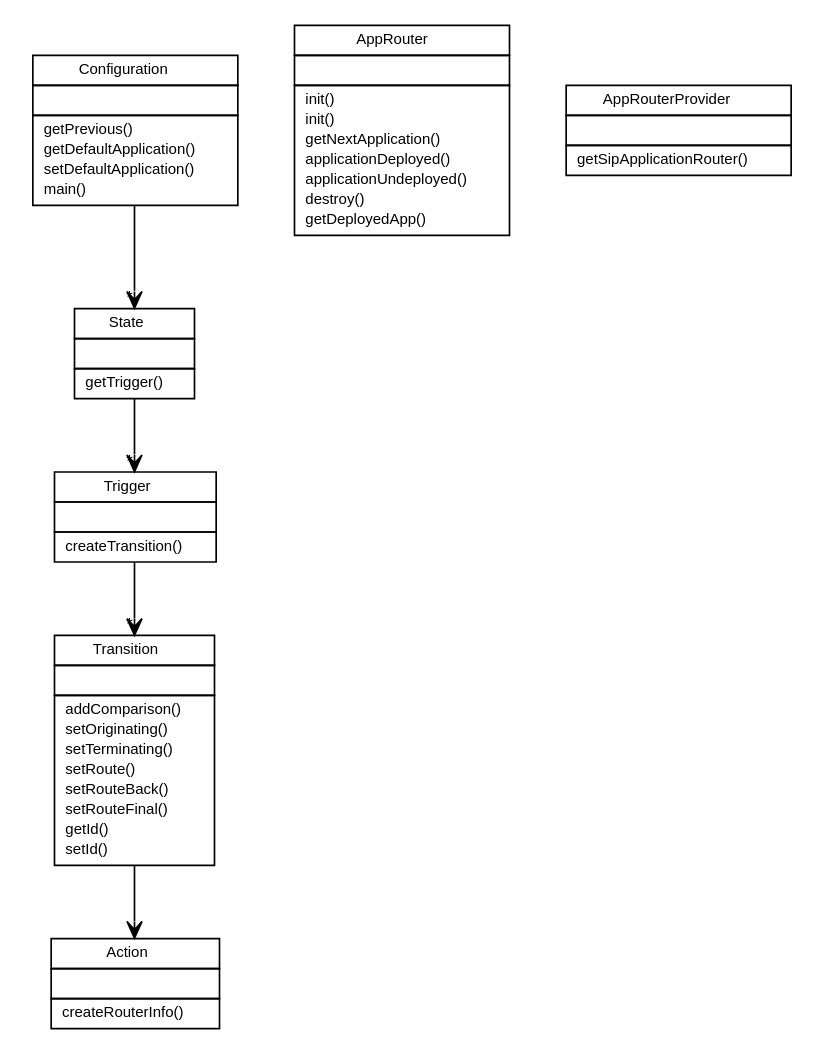
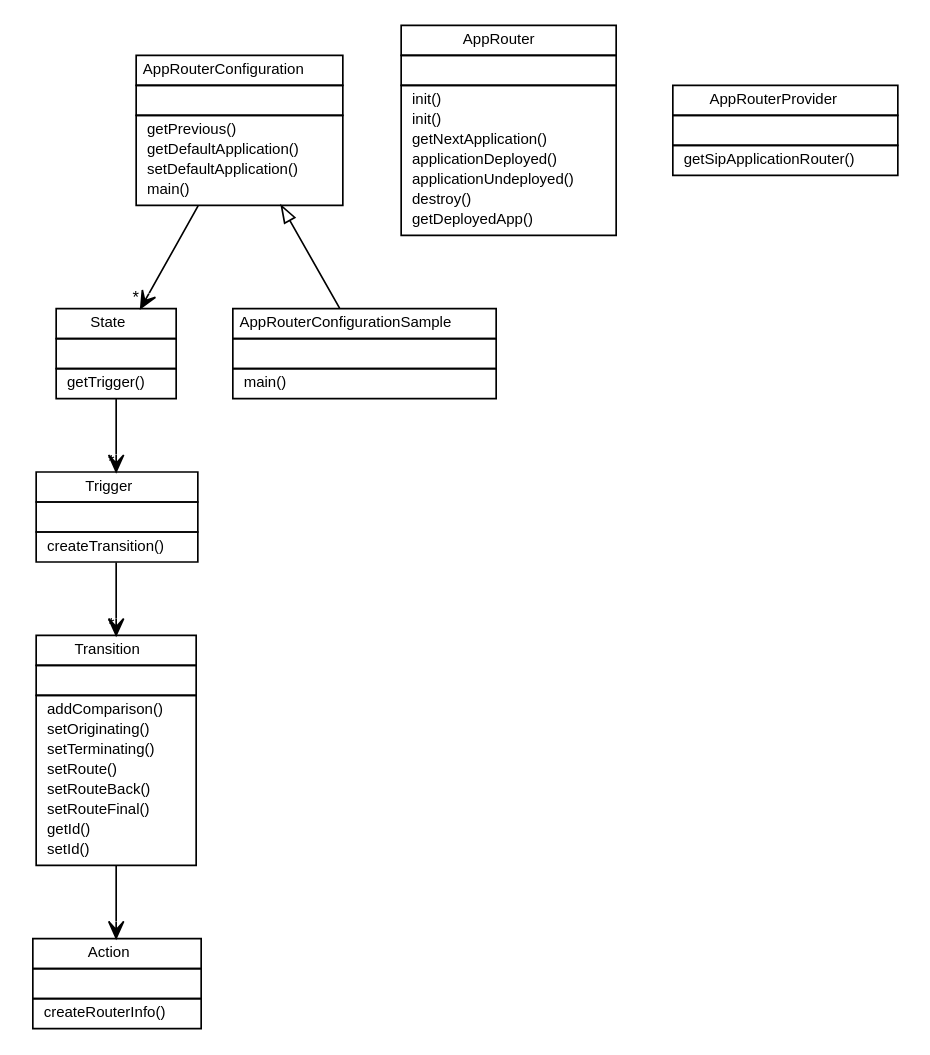
The diagram in blade/vorpal-blade-fsmar/org/vorpal/blade/library/fsmar2/org.vorpal.blade.library.fsmar2.dot (vorpalnet/vorpalnet.github.io), drawn with Graphviz before and after one commit. The commit also changed 2723 other files, not shown here.

```diff
--- a/blade/vorpal-blade-fsmar/org/vorpal/blade/library/fsmar2/org.vorpal.blade.library.fsmar2.dot
+++ b/blade/vorpal-blade-fsmar/org/vorpal/blade/library/fsmar2/org.vorpal.blade.library.fsmar2.dot
@@ -1,120 +1,134 @@
 #!/usr/local/bin/dot
 #
 # Class diagram 
 # Generated by UMLGraph version 5.2 (http://www.umlgraph.org/)
 #
 
 digraph G {
 	edge [fontname="Helvetica",fontsize=10,labelfontname="Helvetica",labelfontsize=10];
 	node [fontname="Helvetica",fontsize=10,shape=plaintext];
 	nodesep=0.25;
 	ranksep=0.5;
 	// org.vorpal.blade.library.fsmar2.State
 	c0 [label=<<table title="org.vorpal.blade.library.fsmar2.State" border="0" cellborder="1" cellspacing="0" cellpadding="2" port="p" href="./State.html">
 		<tr><td><table border="0" cellspacing="0" cellpadding="1">
 <tr><td align="center" balign="center"> State </td></tr>
 		</table></td></tr>
 		<tr><td><table border="0" cellspacing="0" cellpadding="1">
 <tr><td align="left" balign="left">  </td></tr>
 		</table></td></tr>
 		<tr><td><table border="0" cellspacing="0" cellpadding="1">
 <tr><td align="left" balign="left">  getTrigger() </td></tr>
 		</table></td></tr>
 		</table>>, fontname="Helvetica", fontcolor="black", fontsize=9.0];
 	// org.vorpal.blade.library.fsmar2.Action
 	c1 [label=<<table title="org.vorpal.blade.library.fsmar2.Action" border="0" cellborder="1" cellspacing="0" cellpadding="2" port="p" href="./Action.html">
 		<tr><td><table border="0" cellspacing="0" cellpadding="1">
 <tr><td align="center" balign="center"> Action </td></tr>
 		</table></td></tr>
 		<tr><td><table border="0" cellspacing="0" cellpadding="1">
 <tr><td align="left" balign="left">  </td></tr>
 		</table></td></tr>
 		<tr><td><table border="0" cellspacing="0" cellpadding="1">
 <tr><td align="left" balign="left">  createRouterInfo() </td></tr>
 		</table></td></tr>
 		</table>>, fontname="Helvetica", fontcolor="black", fontsize=9.0];
 	// org.vorpal.blade.library.fsmar2.Trigger
 	c2 [label=<<table title="org.vorpal.blade.library.fsmar2.Trigger" border="0" cellborder="1" cellspacing="0" cellpadding="2" port="p" href="./Trigger.html">
 		<tr><td><table border="0" cellspacing="0" cellpadding="1">
 <tr><td align="center" balign="center"> Trigger </td></tr>
 		</table></td></tr>
 		<tr><td><table border="0" cellspacing="0" cellpadding="1">
 <tr><td align="left" balign="left">  </td></tr>
 		</table></td></tr>
 		<tr><td><table border="0" cellspacing="0" cellpadding="1">
 <tr><td align="left" balign="left">  createTransition() </td></tr>
 		</table></td></tr>
 		</table>>, fontname="Helvetica", fontcolor="black", fontsize=9.0];
-	// org.vorpal.blade.library.fsmar2.Configuration
-	c3 [label=<<table title="org.vorpal.blade.library.fsmar2.Configuration" border="0" cellborder="1" cellspacing="0" cellpadding="2" port="p" href="./Configuration.html">
+	// org.vorpal.blade.library.fsmar2.AppRouterConfigurationSample
+	c3 [label=<<table title="org.vorpal.blade.library.fsmar2.AppRouterConfigurationSample" border="0" cellborder="1" cellspacing="0" cellpadding="2" port="p" href="./AppRouterConfigurationSample.html">
 		<tr><td><table border="0" cellspacing="0" cellpadding="1">
-<tr><td align="center" balign="center"> Configuration </td></tr>
+<tr><td align="center" balign="center"> AppRouterConfigurationSample </td></tr>
 		</table></td></tr>
 		<tr><td><table border="0" cellspacing="0" cellpadding="1">
 <tr><td align="left" balign="left">  </td></tr>
 		</table></td></tr>
 		<tr><td><table border="0" cellspacing="0" cellpadding="1">
-<tr><td align="left" balign="left">  getPrevious() </td></tr>
-<tr><td align="left" balign="left">  getDefaultApplication() </td></tr>
-<tr><td align="left" balign="left">  setDefaultApplication() </td></tr>
 <tr><td align="left" balign="left">  main() </td></tr>
 		</table></td></tr>
 		</table>>, fontname="Helvetica", fontcolor="black", fontsize=9.0];
 	// org.vorpal.blade.library.fsmar2.AppRouter
 	c4 [label=<<table title="org.vorpal.blade.library.fsmar2.AppRouter" border="0" cellborder="1" cellspacing="0" cellpadding="2" port="p" href="./AppRouter.html">
 		<tr><td><table border="0" cellspacing="0" cellpadding="1">
 <tr><td align="center" balign="center"> AppRouter </td></tr>
 		</table></td></tr>
 		<tr><td><table border="0" cellspacing="0" cellpadding="1">
 <tr><td align="left" balign="left">  </td></tr>
 		</table></td></tr>
 		<tr><td><table border="0" cellspacing="0" cellpadding="1">
 <tr><td align="left" balign="left">  init() </td></tr>
 <tr><td align="left" balign="left">  init() </td></tr>
 <tr><td align="left" balign="left">  getNextApplication() </td></tr>
 <tr><td align="left" balign="left">  applicationDeployed() </td></tr>
 <tr><td align="left" balign="left">  applicationUndeployed() </td></tr>
 <tr><td align="left" balign="left">  destroy() </td></tr>
 <tr><td align="left" balign="left">  getDeployedApp() </td></tr>
 		</table></td></tr>
 		</table>>, fontname="Helvetica", fontcolor="black", fontsize=9.0];
 	// org.vorpal.blade.library.fsmar2.AppRouterProvider
 	c5 [label=<<table title="org.vorpal.blade.library.fsmar2.AppRouterProvider" border="0" cellborder="1" cellspacing="0" cellpadding="2" port="p" href="./AppRouterProvider.html">
 		<tr><td><table border="0" cellspacing="0" cellpadding="1">
 <tr><td align="center" balign="center"> AppRouterProvider </td></tr>
 		</table></td></tr>
 		<tr><td><table border="0" cellspacing="0" cellpadding="1">
 <tr><td align="left" balign="left">  </td></tr>
 		</table></td></tr>
 		<tr><td><table border="0" cellspacing="0" cellpadding="1">
 <tr><td align="left" balign="left">  getSipApplicationRouter() </td></tr>
 		</table></td></tr>
 		</table>>, fontname="Helvetica", fontcolor="black", fontsize=9.0];
 	// org.vorpal.blade.library.fsmar2.Transition
 	c6 [label=<<table title="org.vorpal.blade.library.fsmar2.Transition" border="0" cellborder="1" cellspacing="0" cellpadding="2" port="p" href="./Transition.html">
 		<tr><td><table border="0" cellspacing="0" cellpadding="1">
 <tr><td align="center" balign="center"> Transition </td></tr>
 		</table></td></tr>
 		<tr><td><table border="0" cellspacing="0" cellpadding="1">
 <tr><td align="left" balign="left">  </td></tr>
 		</table></td></tr>
 		<tr><td><table border="0" cellspacing="0" cellpadding="1">
 <tr><td align="left" balign="left">  addComparison() </td></tr>
 <tr><td align="left" balign="left">  setOriginating() </td></tr>
 <tr><td align="left" balign="left">  setTerminating() </td></tr>
 <tr><td align="left" balign="left">  setRoute() </td></tr>
 <tr><td align="left" balign="left">  setRouteBack() </td></tr>
 <tr><td align="left" balign="left">  setRouteFinal() </td></tr>
 <tr><td align="left" balign="left">  getId() </td></tr>
 <tr><td align="left" balign="left">  setId() </td></tr>
 		</table></td></tr>
 		</table>>, fontname="Helvetica", fontcolor="black", fontsize=9.0];
+	// org.vorpal.blade.library.fsmar2.AppRouterConfiguration
+	c7 [label=<<table title="org.vorpal.blade.library.fsmar2.AppRouterConfiguration" border="0" cellborder="1" cellspacing="0" cellpadding="2" port="p" href="./AppRouterConfiguration.html">
+		<tr><td><table border="0" cellspacing="0" cellpadding="1">
+<tr><td align="center" balign="center"> AppRouterConfiguration </td></tr>
+		</table></td></tr>
+		<tr><td><table border="0" cellspacing="0" cellpadding="1">
+<tr><td align="left" balign="left">  </td></tr>
+		</table></td></tr>
+		<tr><td><table border="0" cellspacing="0" cellpadding="1">
+<tr><td align="left" balign="left">  getPrevious() </td></tr>
+<tr><td align="left" balign="left">  getDefaultApplication() </td></tr>
+<tr><td align="left" balign="left">  setDefaultApplication() </td></tr>
+<tr><td align="left" balign="left">  main() </td></tr>
+		</table></td></tr>
+		</table>>, fontname="Helvetica", fontcolor="black", fontsize=9.0];
+	//org.vorpal.blade.library.fsmar2.AppRouterConfigurationSample extends org.vorpal.blade.library.fsmar2.AppRouterConfiguration
+	c7:p -> c3:p [dir=back,arrowtail=empty];
 	// org.vorpal.blade.library.fsmar2.State NAVASSOC org.vorpal.blade.library.fsmar2.Trigger
 	c0:p -> c2:p [taillabel="", label="", headlabel="*", fontname="Helvetica", fontcolor="black", fontsize=10.0, color="black", arrowhead=open];
 	// org.vorpal.blade.library.fsmar2.Trigger NAVASSOC org.vorpal.blade.library.fsmar2.Transition
 	c2:p -> c6:p [taillabel="", label="", headlabel="*", fontname="Helvetica", fontcolor="black", fontsize=10.0, color="black", arrowhead=open];
-	// org.vorpal.blade.library.fsmar2.Configuration NAVASSOC org.vorpal.blade.library.fsmar2.State
-	c3:p -> c0:p [taillabel="", label="", headlabel="*", fontname="Helvetica", fontcolor="black", fontsize=10.0, color="black", arrowhead=open];
 	// org.vorpal.blade.library.fsmar2.Transition NAVASSOC org.vorpal.blade.library.fsmar2.Action
 	c6:p -> c1:p [taillabel="", label="", headlabel="", fontname="Helvetica", fontcolor="black", fontsize=10.0, color="black", arrowhead=open];
+	// org.vorpal.blade.library.fsmar2.AppRouterConfiguration NAVASSOC org.vorpal.blade.library.fsmar2.State
+	c7:p -> c0:p [taillabel="", label="", headlabel="*", fontname="Helvetica", fontcolor="black", fontsize=10.0, color="black", arrowhead=open];
 }
```
